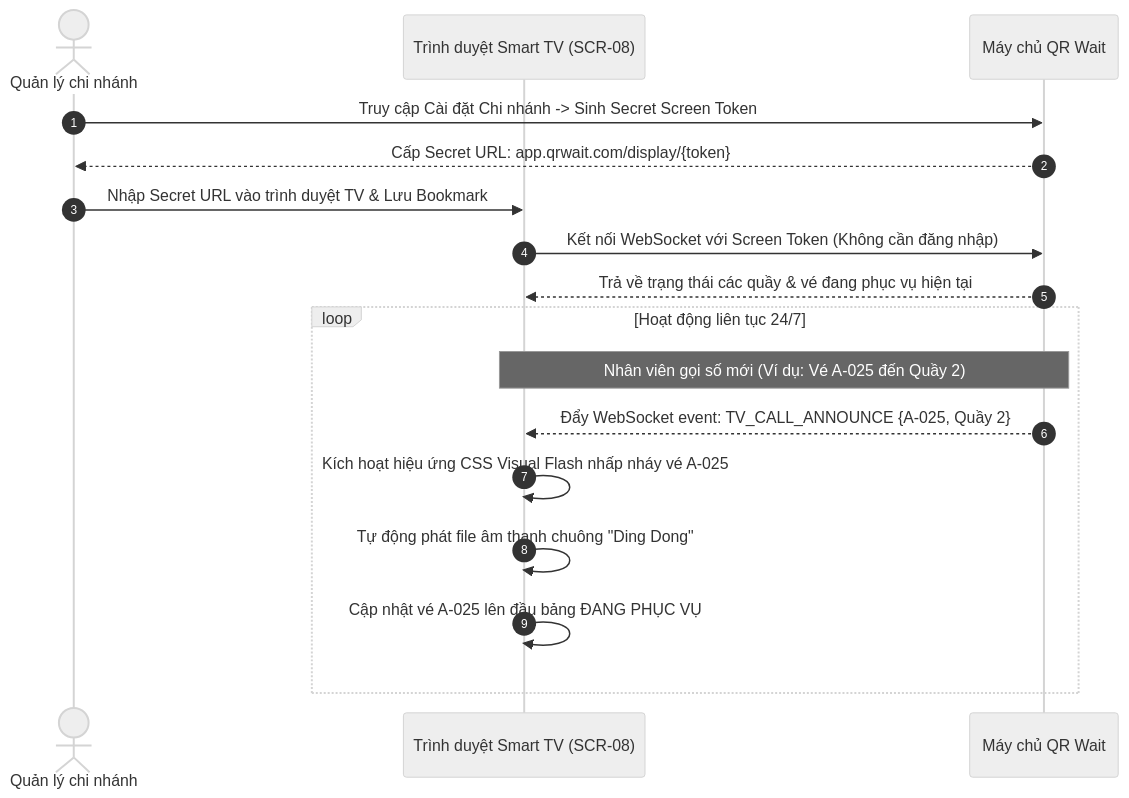
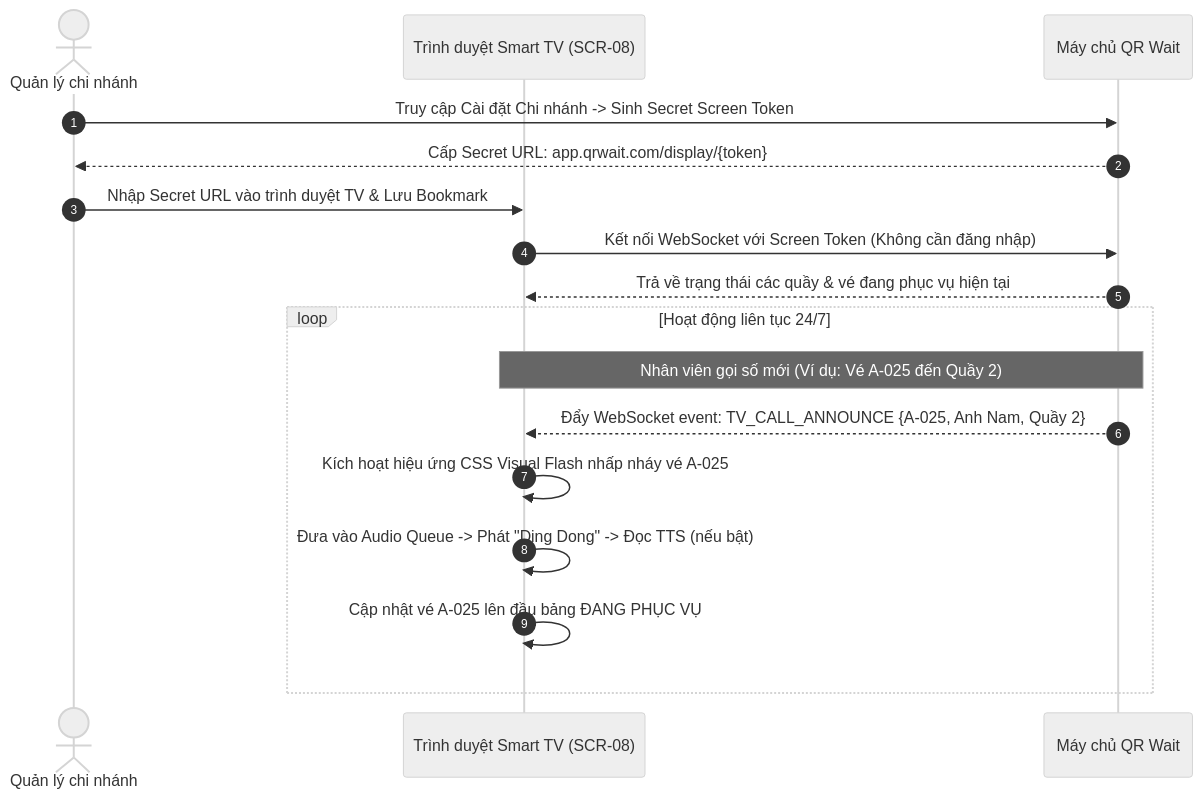
One commit to HuyyHoang2kk4/QR-Wait changed diagram 13 of 18 in Document/SRS/SRS_QR_Wait.md. Above: the diagram before and after it, drawn with Mermaid (neutral theme). The commit also changed other lines of this file and 3 other files, not shown here.

````diff
--- a/Document/SRS/SRS_QR_Wait.md
+++ b/Document/SRS/SRS_QR_Wait.md
@@ -1749,21 +1756,21 @@
 ```mermaid
 sequenceDiagram
     autonumber
     actor Manager as Quản lý chi nhánh
     participant TV as Trình duyệt Smart TV (SCR-08)
     participant Server as Máy chủ QR Wait
 
     Manager->>Server: Truy cập Cài đặt Chi nhánh -> Sinh Secret Screen Token
     Server-->>Manager: Cấp Secret URL: app.qrwait.com/display/{token}
     Manager->>TV: Nhập Secret URL vào trình duyệt TV & Lưu Bookmark
     TV->>Server: Kết nối WebSocket với Screen Token (Không cần đăng nhập)
     Server-->>TV: Trả về trạng thái các quầy & vé đang phục vụ hiện tại
 
     loop Hoạt động liên tục 24/7
         Note over Server,TV: Nhân viên gọi số mới (Ví dụ: Vé A-025 đến Quầy 2)
-        Server-->>TV: Đẩy WebSocket event: TV_CALL_ANNOUNCE {A-025, Quầy 2}
+        Server-->>TV: Đẩy WebSocket event: TV_CALL_ANNOUNCE {A-025, Anh Nam, Quầy 2}
         TV->>TV: Kích hoạt hiệu ứng CSS Visual Flash nhấp nháy vé A-025
-        TV->>TV: Tự động phát file âm thanh chuông "Ding Dong"
+        TV->>TV: Đưa vào Audio Queue -> Phát "Ding Dong" -> Đọc TTS (nếu bật)
         TV->>TV: Cập nhật vé A-025 lên đầu bảng ĐANG PHỤC VỤ
     end
 ```
````
